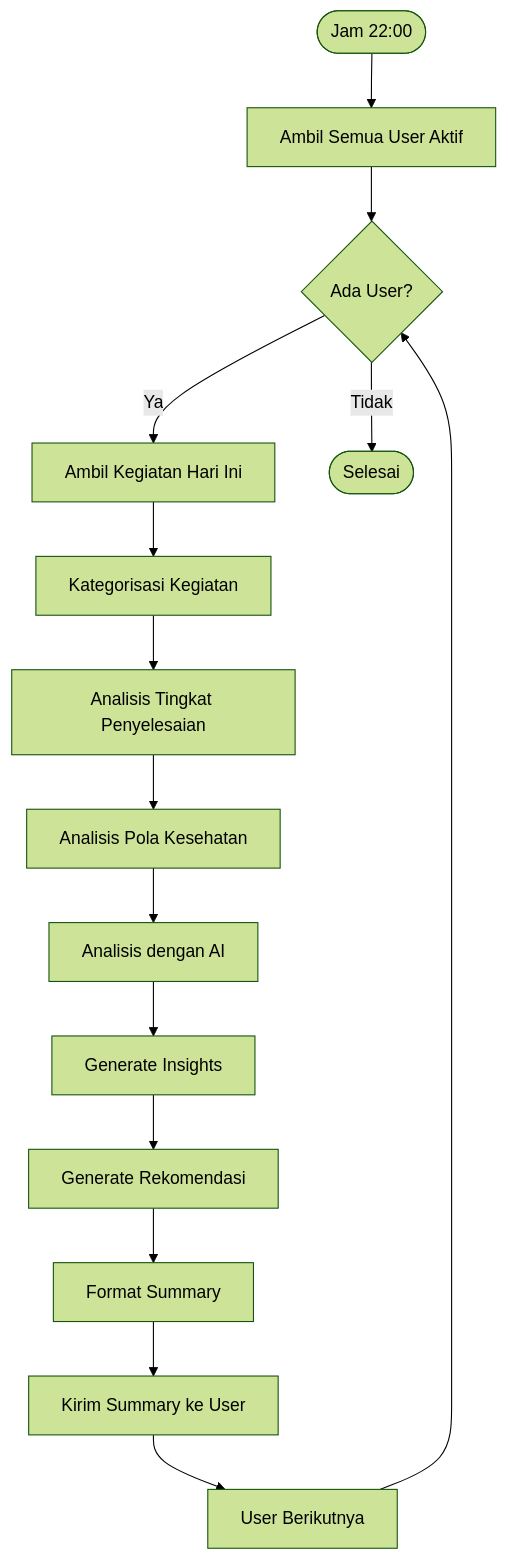
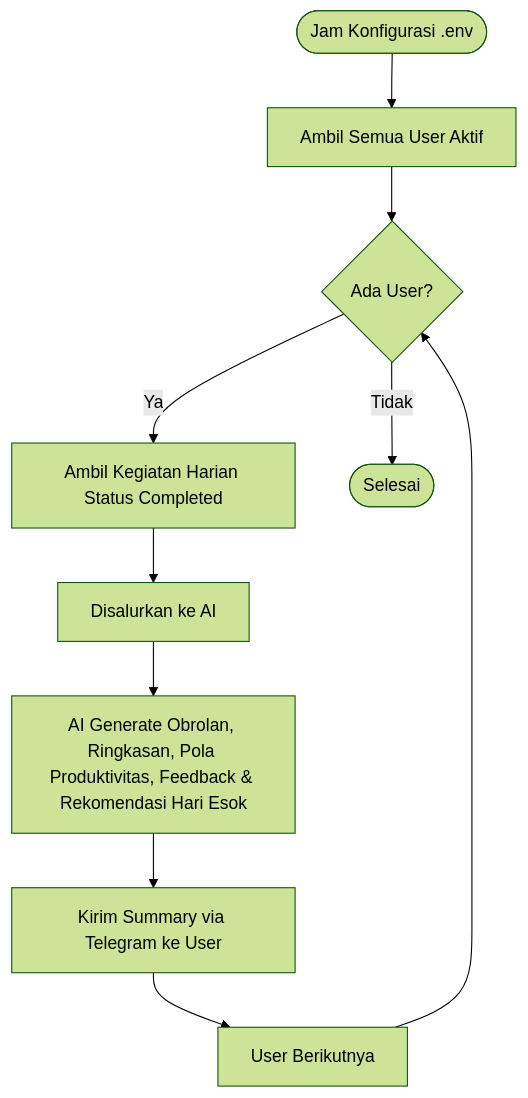
Before and after one commit to RhmnDev14/smart_alert_system: the fourth of 6 diagrams in FLOWCHART.md, drawn with Mermaid (forest theme). The commit also changed other lines of this file and 8 other files, not shown here.

````diff
--- a/FLOWCHART.md
+++ b/FLOWCHART.md
@@ -128,22 +90,16 @@
 ```mermaid
 flowchart TD
-    Start([Jam 22:00]) --> GetAllUsers[Ambil Semua User Aktif]
+    Start([Jam Konfigurasi .env]) --> GetAllUsers[Ambil Semua User Aktif]
     GetAllUsers --> LoopUser{Ada User?}
-    
-    LoopUser -->|Ya| GetTodayActivities[Ambil Kegiatan Hari Ini]
+
+    LoopUser -->|Ya| GetTodayActivities[Ambil Kegiatan Harian Status Completed]
     LoopUser -->|Tidak| End([Selesai])
-    
-    GetTodayActivities --> CategorizeActivities[Kategorisasi Kegiatan]
-    CategorizeActivities --> AnalyzeCompletion[Analisis Tingkat Penyelesaian]
-    AnalyzeCompletion --> GetHealthPatterns[Analisis Pola Kesehatan]
-    
-    GetHealthPatterns --> AIAnalysis[Analisis dengan AI]
-    AIAnalysis --> GenerateInsights[Generate Insights]
-    GenerateInsights --> GenerateRecommendations[Generate Rekomendasi]
-    
-    GenerateRecommendations --> FormatSummary[Format Summary]
-    FormatSummary --> SendSummary[Kirim Summary ke User]
-    
+
+    GetTodayActivities --> AIAnalysis[Disalurkan ke AI]
+    AIAnalysis --> GenerateInsights[AI Generate Obrolan, Ringkasan, Pola Produktivitas, Feedback & Rekomendasi Hari Esok]
+
+    GenerateInsights --> SendSummary[Kirim Summary via Telegram ke User]
+
     SendSummary --> NextUser[User Berikutnya]
     NextUser --> LoopUser
 ```
````
